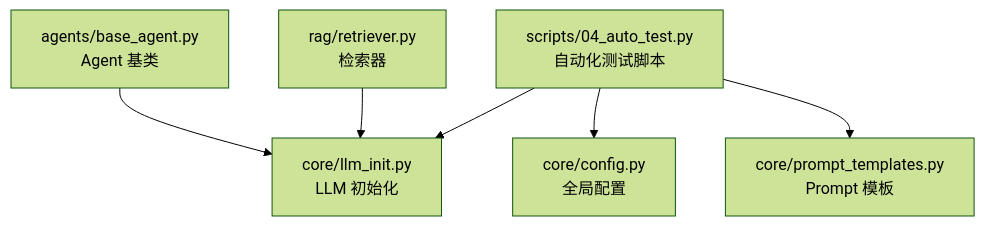
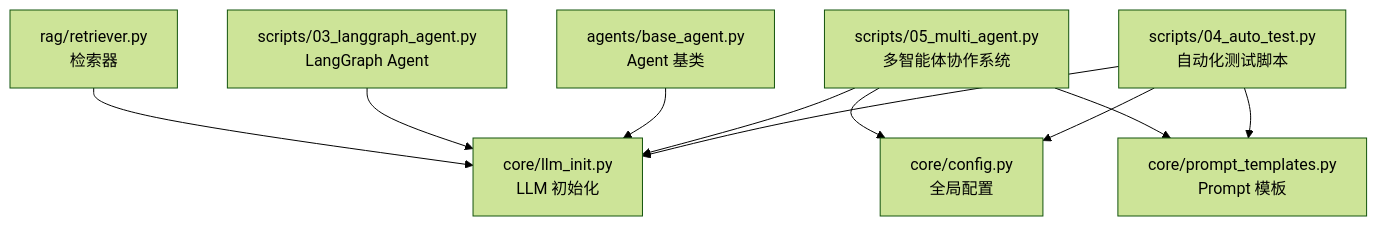
The second of 7 diagrams in .qoder/repowiki/zh/content/示例脚本详解/自动化测试示例.md (dylanleee2000/LLM-learning), drawn with Mermaid (forest theme) before and after one commit. The commit also changed other lines of this file and 1 other file, not shown here.

````diff
--- a/.qoder/repowiki/zh/content/示例脚本详解/自动化测试示例.md
+++ b/.qoder/repowiki/zh/content/示例脚本详解/自动化测试示例.md
@@ -87,14 +111,20 @@
 ```mermaid
 graph TB
 ST["scripts/04_auto_test.py<br/>自动化测试脚本"]
+MA["scripts/05_multi_agent.py<br/>多智能体协作系统"]
 LLM["core/llm_init.py<br/>LLM 初始化"]
 CFG["core/config.py<br/>全局配置"]
 PT["core/prompt_templates.py<br/>Prompt 模板"]
 AG["agents/base_agent.py<br/>Agent 基类"]
+LA["scripts/03_langgraph_agent.py<br/>LangGraph Agent"]
 RG["rag/retriever.py<br/>检索器"]
 ST --> LLM
 ST --> CFG
 ST --> PT
+MA --> LLM
+MA --> CFG
+MA --> PT
 AG --> LLM
+LA --> LLM
 RG --> LLM
 ```
````
